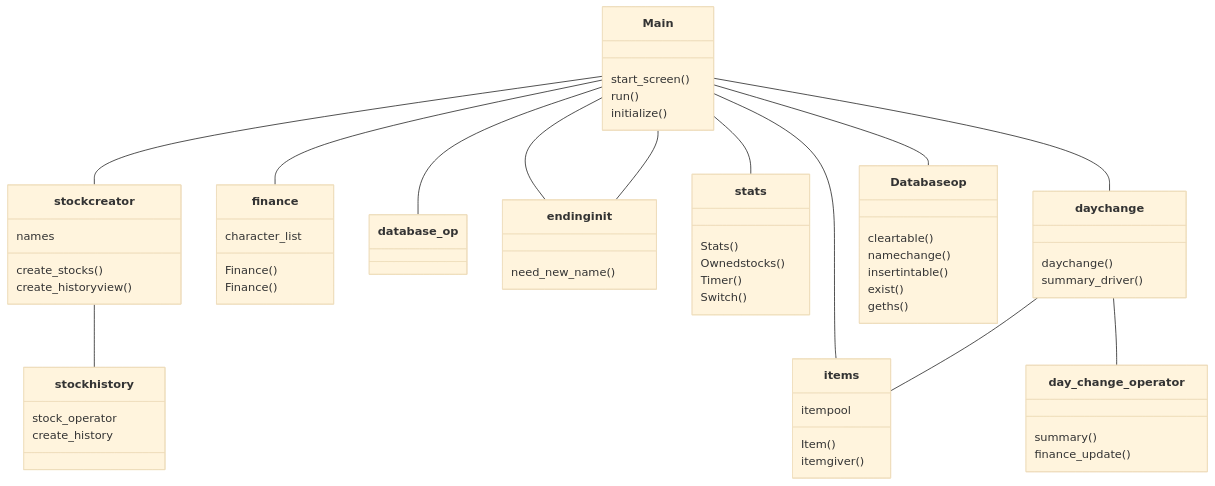
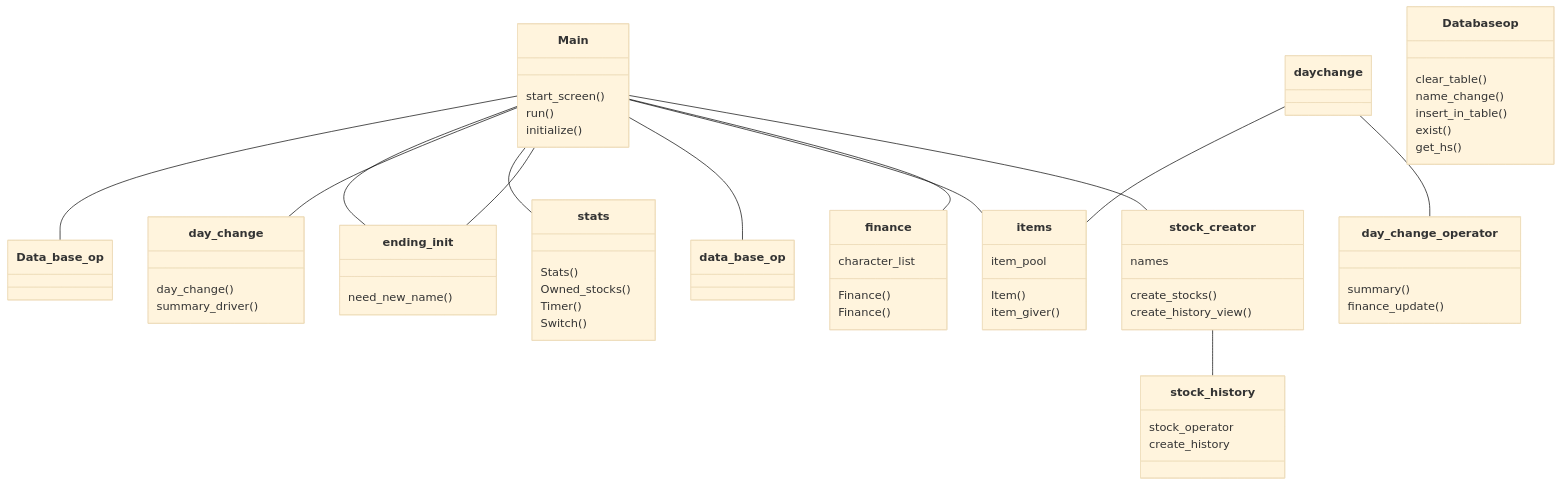
Before and after one commit to sepaww/ot-harjoitustyo: the second of 6 diagrams in dokumentaatio/arkkitehtuuri.md, drawn with Mermaid (base theme). The commit also changed other lines of this file, not shown here.

````diff
--- a/dokumentaatio/arkkitehtuuri.md
+++ b/dokumentaatio/arkkitehtuuri.md
@@ -99,73 +103,73 @@
  ```mermaid
  classDiagram
-      Main -- stockcreator
+      Main -- stock_creator
        Main -- finance
         Main -- items
-         Main -- database_op
-         Main -- endinginit
+         Main -- data_base_op
+         Main -- ending_init
          Main -- stats
-         Main -- daychange
-         Main -- endinginit
-         Main -- Databaseop
+         Main -- day_change
+         Main -- ending_init
+         Main -- Data_base_op
          daychange -- day_change_operator
          daychange -- items
       class Main{
           start_screen()
           run()
           initialize()
       }
       class items{
           Item()
-          itempool
-          itemgiver()
+          item_pool
+          item_giver()
       }
-      stockcreator -- stockhistory
-      class stockcreator{
+      stock_creator -- stock_history
+      class stock_creator{
           names
           create_stocks()
-          create_historyview()
+          create_history_view()
           
       }
       
-      class stockhistory{
+      class stock_history{
           stock_operator
           create_history
           
       }
       
       class Databaseop{
-          cleartable()
-          namechange()
-          insertintable()
+          clear_table()
+          name_change()
+          insert_in_table()
           exist()
-          geths()
+          get_hs()
           
       }
       
       class finance{
           Finance()
       }
       class stats{
       Stats()
-      Ownedstocks()
+      Owned_stocks()
       Timer()
       Switch()
           
       }
       class finance{
       character_list
       Finance()
       }
-      class daychange{
-      daychange()
+      class day_change{
+      day_change()
       summary_driver()
       }
       class day_change_operator{
       summary()
       finance_update()
       }
-      class endinginit{
+      class ending_init{
       need_new_name()
       }
       
 ```
````
